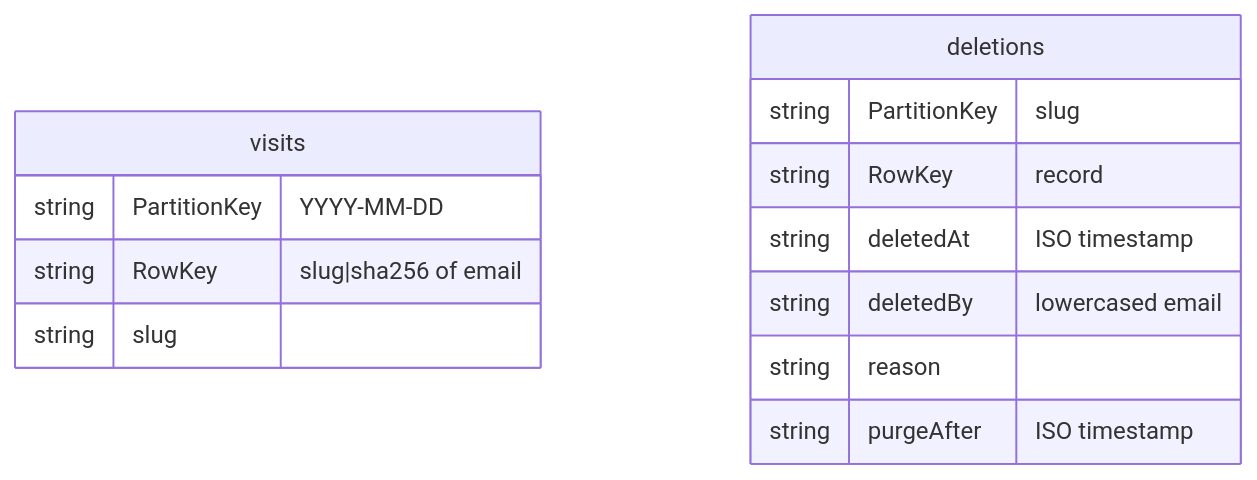
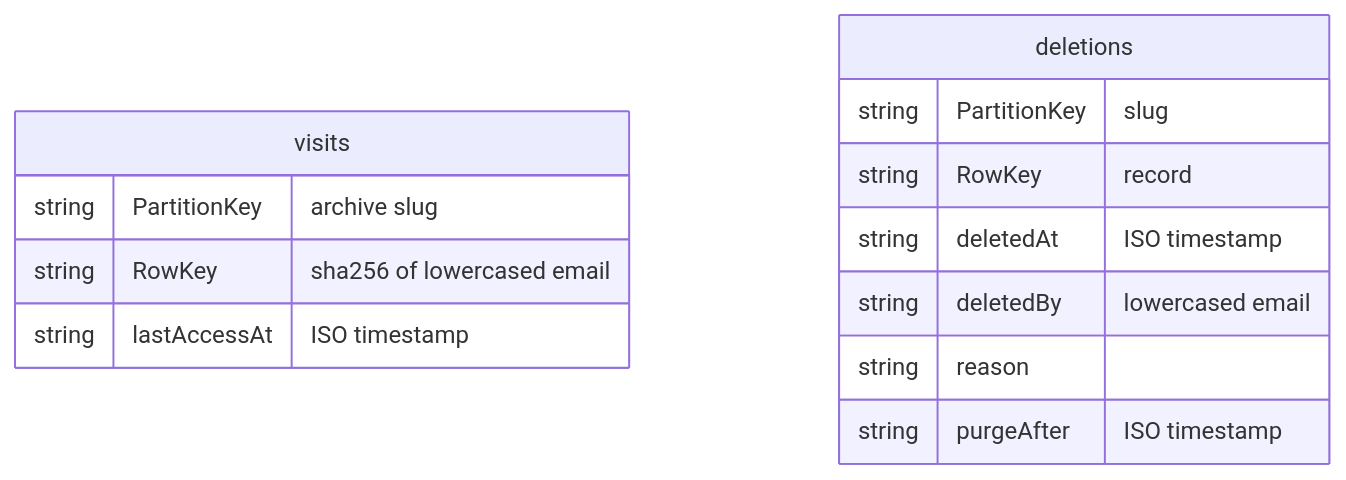
Before and after one commit to kurtzeborn/mission-journal: diagram 14 of 18 in docs/architecture.md, drawn with Mermaid. The commit also changed other lines of this file and 18 other files, not shown here.

First line of the commit message:
Show archive access on People page

````diff
--- a/docs/architecture.md
+++ b/docs/architecture.md
@@ -349,16 +349,16 @@
 ```mermaid
 erDiagram
     visits {
-        string PartitionKey "YYYY-MM-DD"
-        string RowKey "slug|sha256 of email"
-        string slug
+        string PartitionKey "archive slug"
+        string RowKey "sha256 of lowercased email"
+        string lastAccessAt "ISO timestamp"
     }
     deletions {
         string PartitionKey "slug"
         string RowKey "record"
         string deletedAt "ISO timestamp"
         string deletedBy "lowercased email"
         string reason
         string purgeAfter "ISO timestamp"
     }
 ```
````
